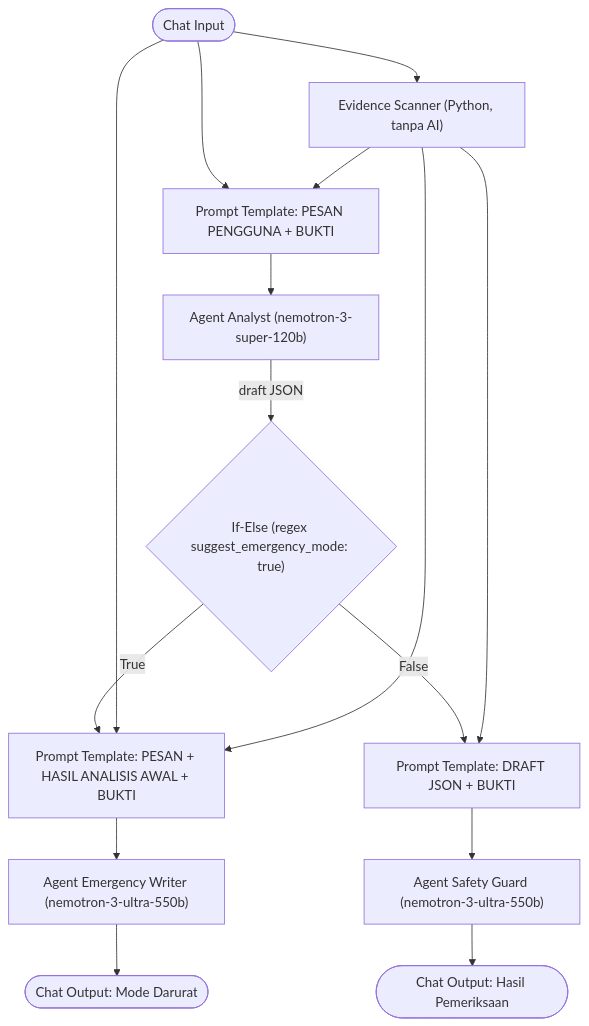
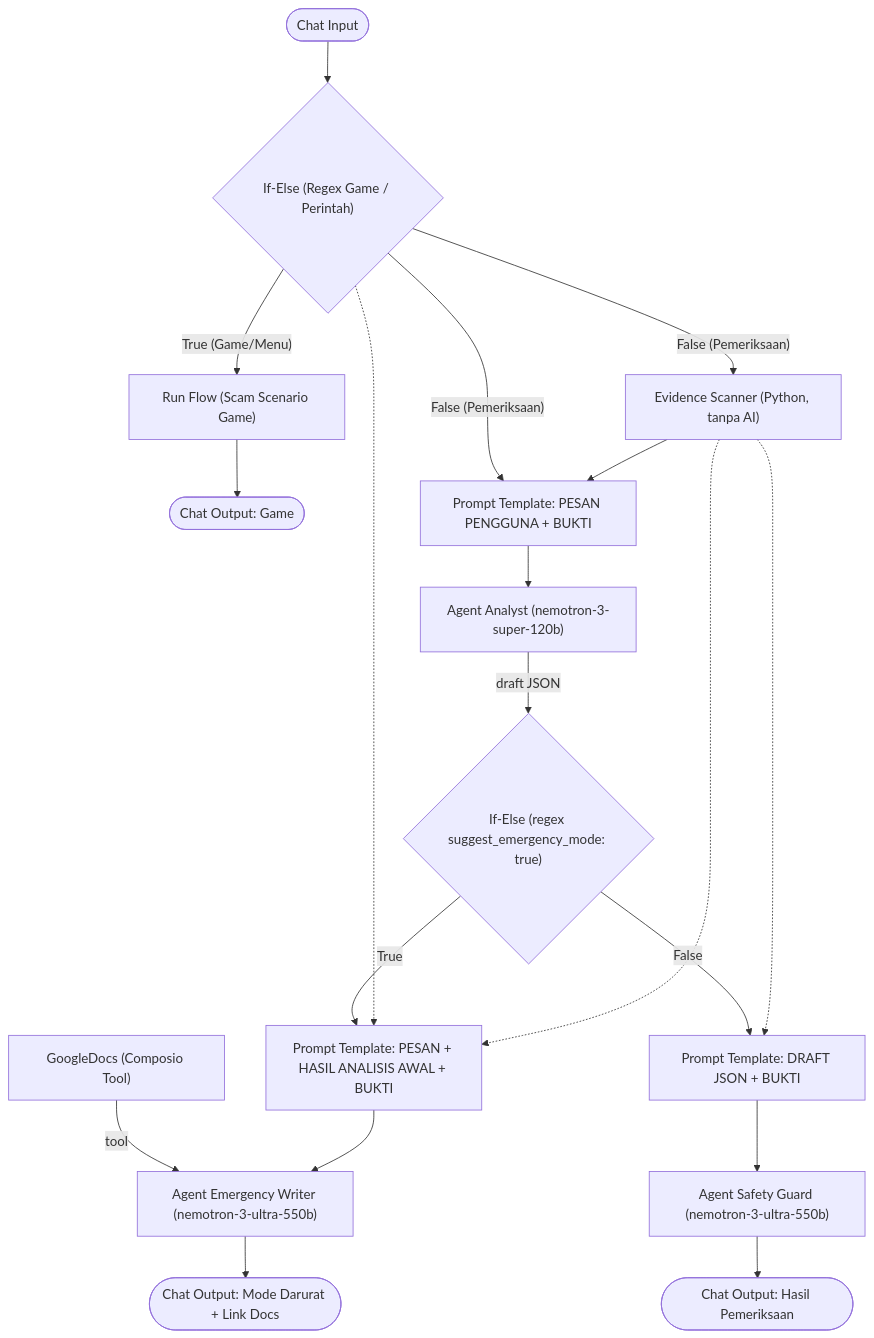
The first of 2 diagrams in README.md (ARQ31/Golden-Hour), drawn with Mermaid before and after one commit. The commit also changed other lines of this file, not shown here.

First line of the commit message:
Revise README with updated flowchart and component details

````diff
--- a/README.md
+++ b/README.md
@@ -24,22 +24,28 @@
 ```mermaid
 flowchart TD
-    CI(["Chat Input"]) --> ES["Evidence Scanner (Python, tanpa AI)"]
-    CI --> PT1["Prompt Template: PESAN PENGGUNA + BUKTI"]
+    CI(["Chat Input"]) --> RouterGame{"If-Else (Regex Game / Perintah)"}
+
+    RouterGame -->|"True (Game/Menu)"| RF["Run Flow (Scam Scenario Game)"]
+    RF --> CO_Game(["Chat Output: Game"])
+
+    RouterGame -->|"False (Pemeriksaan)"| ES["Evidence Scanner (Python, tanpa AI)"]
+    RouterGame -->|"False (Pemeriksaan)"| PT1["Prompt Template: PESAN PENGGUNA + BUKTI"]
     ES --> PT1
 
     PT1 --> AA["Agent Analyst (nemotron-3-super-120b)"]
     AA -->|"draft JSON"| IF{"If-Else (regex suggest_emergency_mode: true)"}
 
     IF -->|"True"| PTE["Prompt Template: PESAN + HASIL ANALISIS AWAL + BUKTI"]
     IF -->|"False"| PTS["Prompt Template: DRAFT JSON + BUKTI"]
 
-    CI --> PTE
-    ES --> PTE
-    ES --> PTS
+    RouterGame -.-> PTE
+    ES -.-> PTE
+    ES -.-> PTS
 
-    PTE --> AEW["Agent Emergency Writer (nemotron-3-ultra-550b)"]
+    Composio["GoogleDocs (Composio Tool)"] -->|"tool"| AEW["Agent Emergency Writer (nemotron-3-ultra-550b)"]
+    PTE --> AEW
     PTS --> ASG["Agent Safety Guard (nemotron-3-ultra-550b)"]
 
-    AEW --> CO1(["Chat Output: Mode Darurat"])
+    AEW --> CO1(["Chat Output: Mode Darurat + Link Docs"])
     ASG --> CO2(["Chat Output: Hasil Pemeriksaan"])
 ```
````
